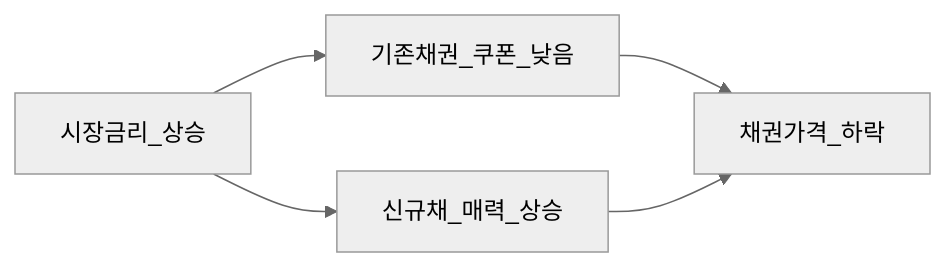
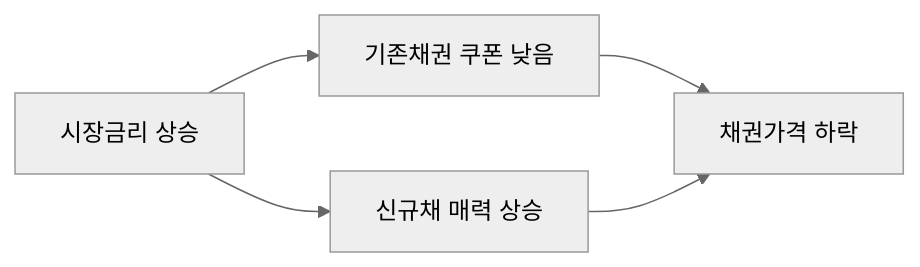
Before and after one commit to goldanghenry/Finances: the first of 2 diagrams in 03-markets/bonds-fixed-income.md, drawn with Mermaid (neutral theme). The commit also changed other lines of this file and 211 other files, not shown here.

````diff
--- a/03-markets/bonds-fixed-income.md
+++ b/03-markets/bonds-fixed-income.md
@@ -108,7 +117,7 @@
 ```mermaid
 flowchart LR
-  RateUp[시장금리_상승] --> Old[기존채권_쿠폰_낮음]
-  Old --> PriceDown[채권가격_하락]
-  RateUp --> NewBond[신규채_매력_상승]
+  RateUp["시장금리 상승"] --> Old["기존채권 쿠폰 낮음"]
+  Old --> PriceDown["채권가격 하락"]
+  RateUp --> NewBond["신규채 매력 상승"]
   NewBond --> PriceDown
 ```
````
